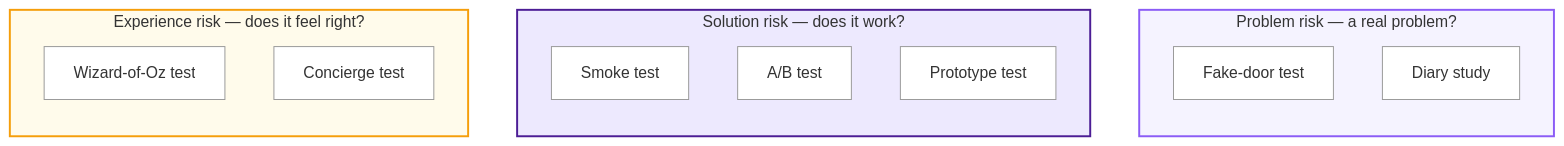
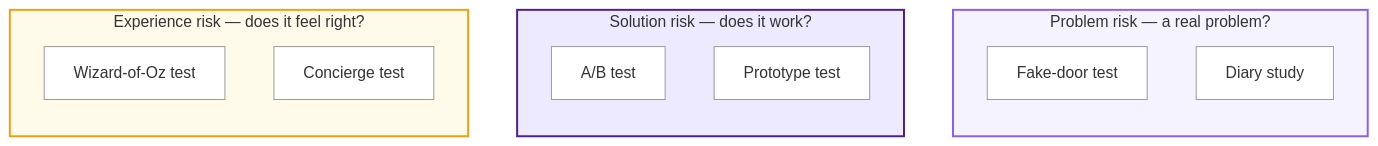
The diagram in artifacts/examples/validation-methods.md (gorvis/book-pm-management), drawn with Mermaid (neutral theme) before and after one commit. The commit also changed other lines of this file, not shown here.

Commit message:
Fix experiments

````diff
--- a/artifacts/examples/validation-methods.md
+++ b/artifacts/examples/validation-methods.md
@@ -5,26 +5,25 @@
 ```mermaid
 flowchart TB
     subgraph P["Problem risk — a real problem?"]
         direction TB
         P1["Fake-door test"]
         P2["Diary study"]
     end
     subgraph S["Solution risk — does it work?"]
         direction TB
-        S1["Smoke test"]
-        S2["A/B test"]
-        S3["Prototype test"]
+        S1["A/B test"]
+        S2["Prototype test"]
     end
     subgraph E["Experience risk — does it feel right?"]
         direction TB
         E1["Wizard-of-Oz test"]
         E2["Concierge test"]
     end
 
     style P fill:#F5F3FF,stroke:#8B5CF6,stroke-width:2px
     style S fill:#EDE9FE,stroke:#4C1D95,stroke-width:2px
     style E fill:#FFFBEB,stroke:#F59E0B,stroke-width:2px
 
     classDef testNode fill:#ffffff,stroke:#999,color:#333
     class P1,P2,S1,S2,S3,E1,E2 testNode
 ```
````
